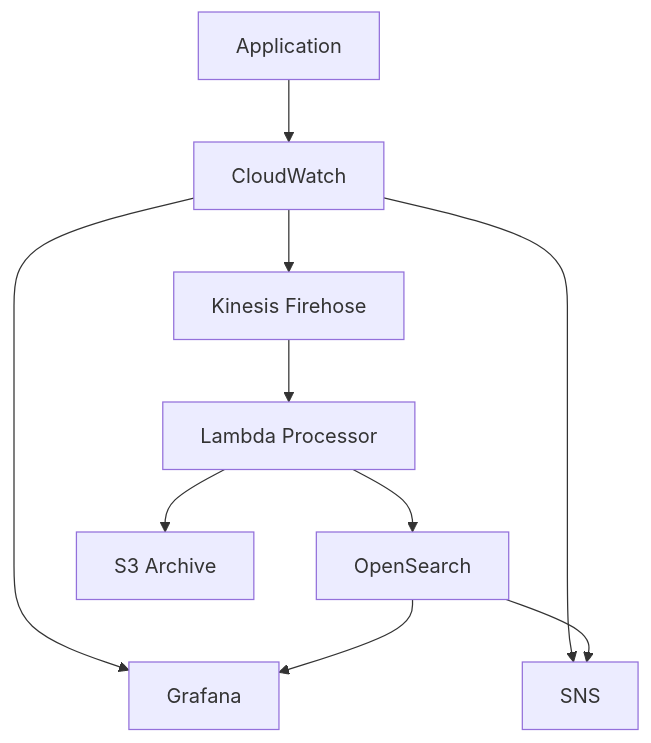
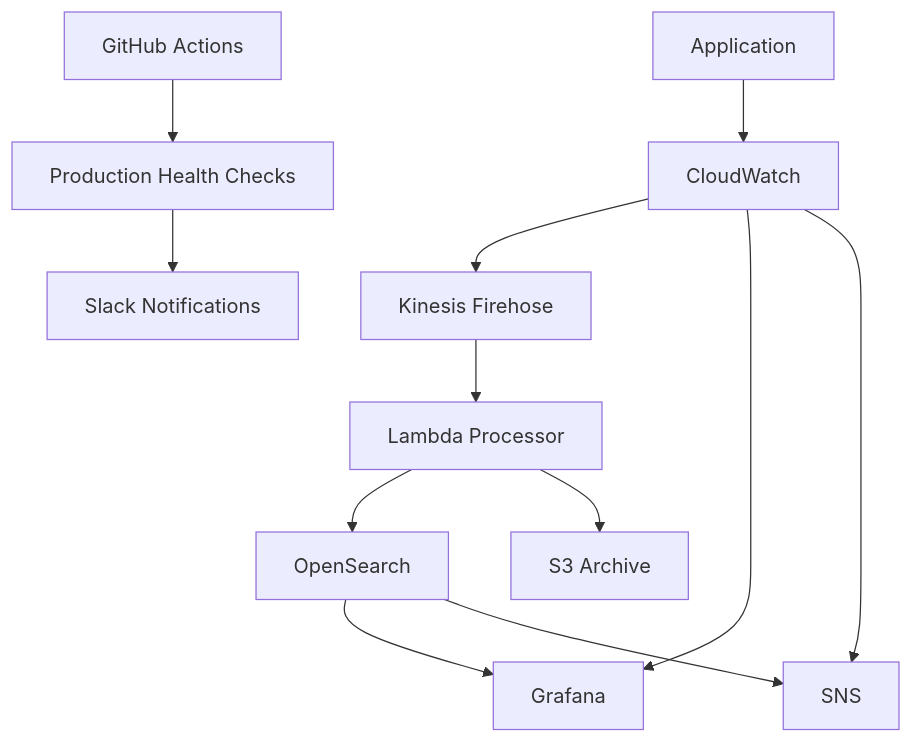
The diagram in src/content/docs/guides/monitoring.md (daggerstuff/pixelated), drawn with Mermaid before and after one commit. The commit also changed other lines of this file and 5 other files, not shown here.

````diff
--- a/src/content/docs/guides/monitoring.md
+++ b/src/content/docs/guides/monitoring.md
@@ -33,12 +35,14 @@
 ```mermaid
 graph TD
     A[Application] --> B[CloudWatch]
     B --> C[Kinesis Firehose]
     C --> D[Lambda Processor]
     D --> E[OpenSearch]
     D --> F[S3 Archive]
     B --> G[Grafana]
     E --> G
     B --> H[SNS]
     E --> H
+    I[GitHub Actions] --> J[Production Health Checks]
+    J --> K[Slack Notifications]
 ```
````
